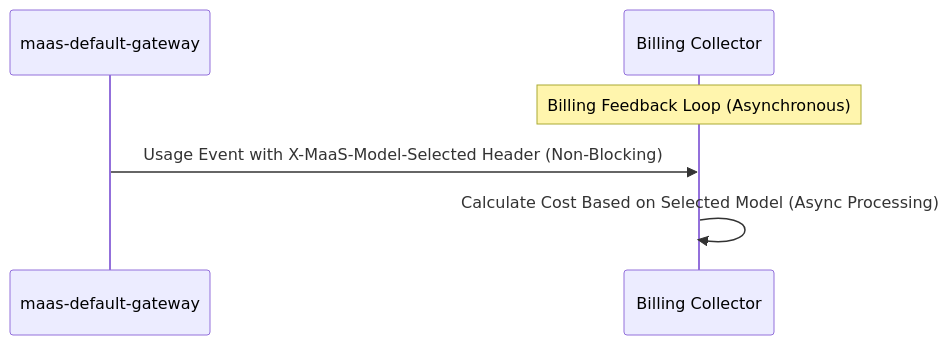
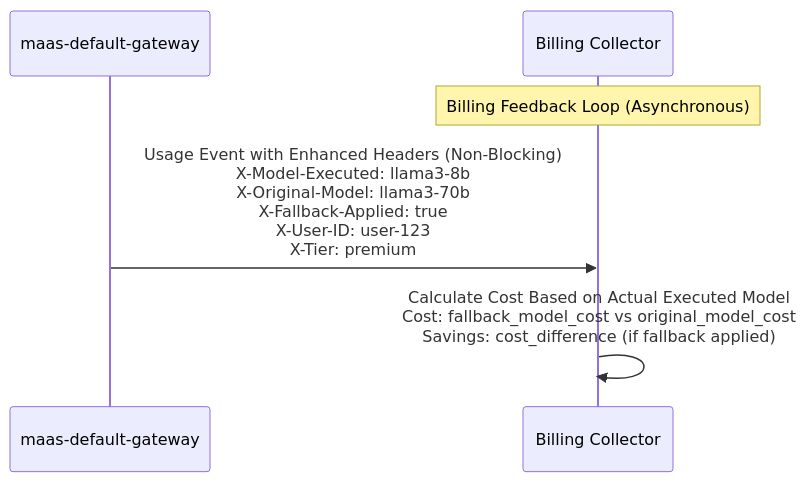
One commit to noyitz/maas-billing changed diagram 16 of 18 in docs/designs/vSR-Integration/README.md. Above: the diagram before and after it, drawn with Mermaid. The commit also changed other lines of this file, not shown here.

````diff
--- a/docs/designs/vSR-Integration/README.md
+++ b/docs/designs/vSR-Integration/README.md
@@ -521,9 +707,9 @@
 ```mermaid
 sequenceDiagram
     participant Gateway as maas-default-gateway
     participant Billing as Billing Collector
     
     Note over Billing: Billing Feedback Loop (Asynchronous)
-    Gateway->>Billing: Usage Event with X-MaaS-Model-Selected Header (Non-Blocking)
-    Billing->>Billing: Calculate Cost Based on Selected Model (Async Processing)
+    Gateway->>Billing: Usage Event with Enhanced Headers (Non-Blocking)<br/>X-Model-Executed: llama3-8b<br/>X-Original-Model: llama3-70b<br/>X-Fallback-Applied: true<br/>X-User-ID: user-123<br/>X-Tier: premium
+    Billing->>Billing: Calculate Cost Based on Actual Executed Model<br/>Cost: fallback_model_cost vs original_model_cost<br/>Savings: cost_difference (if fallback applied)
 ```
````
